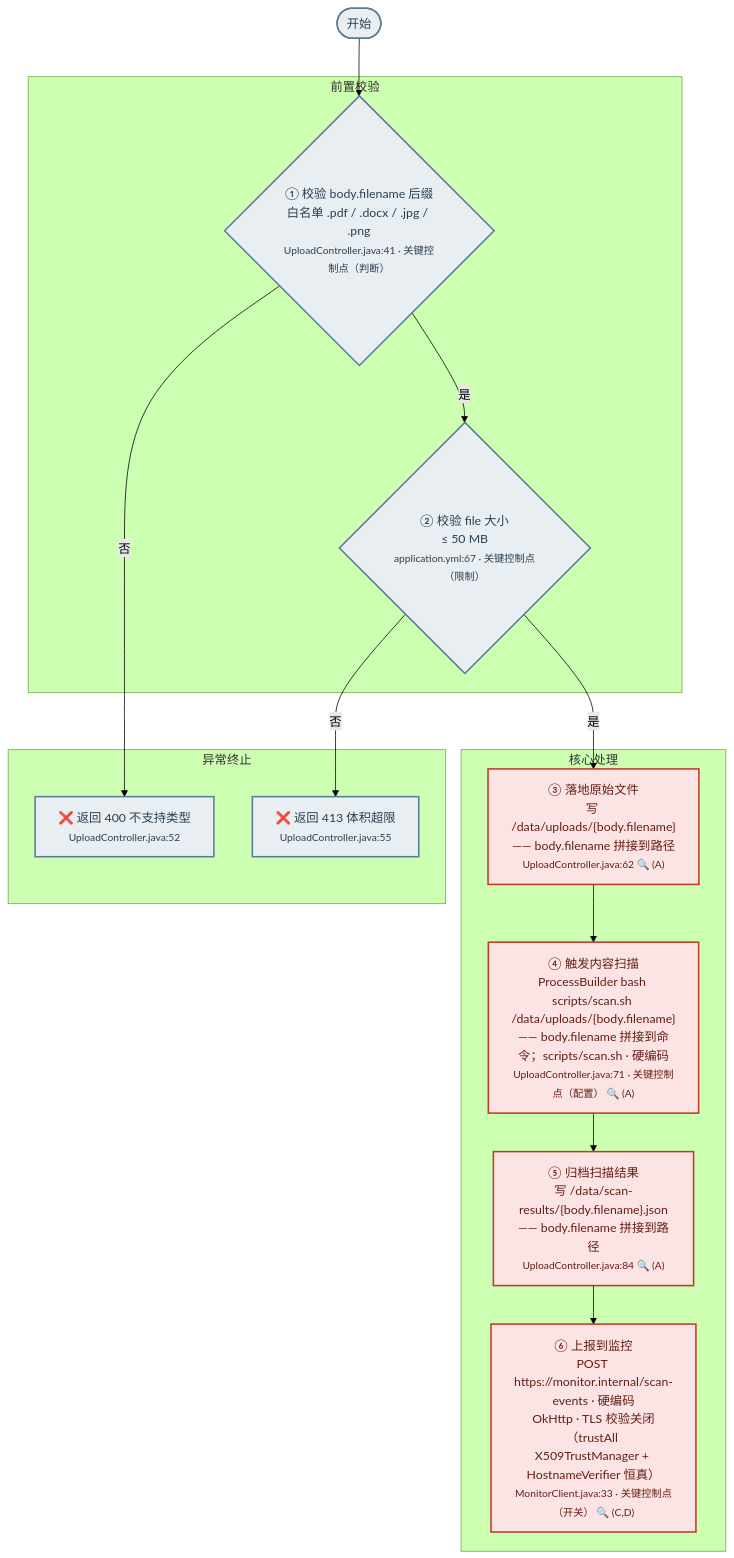
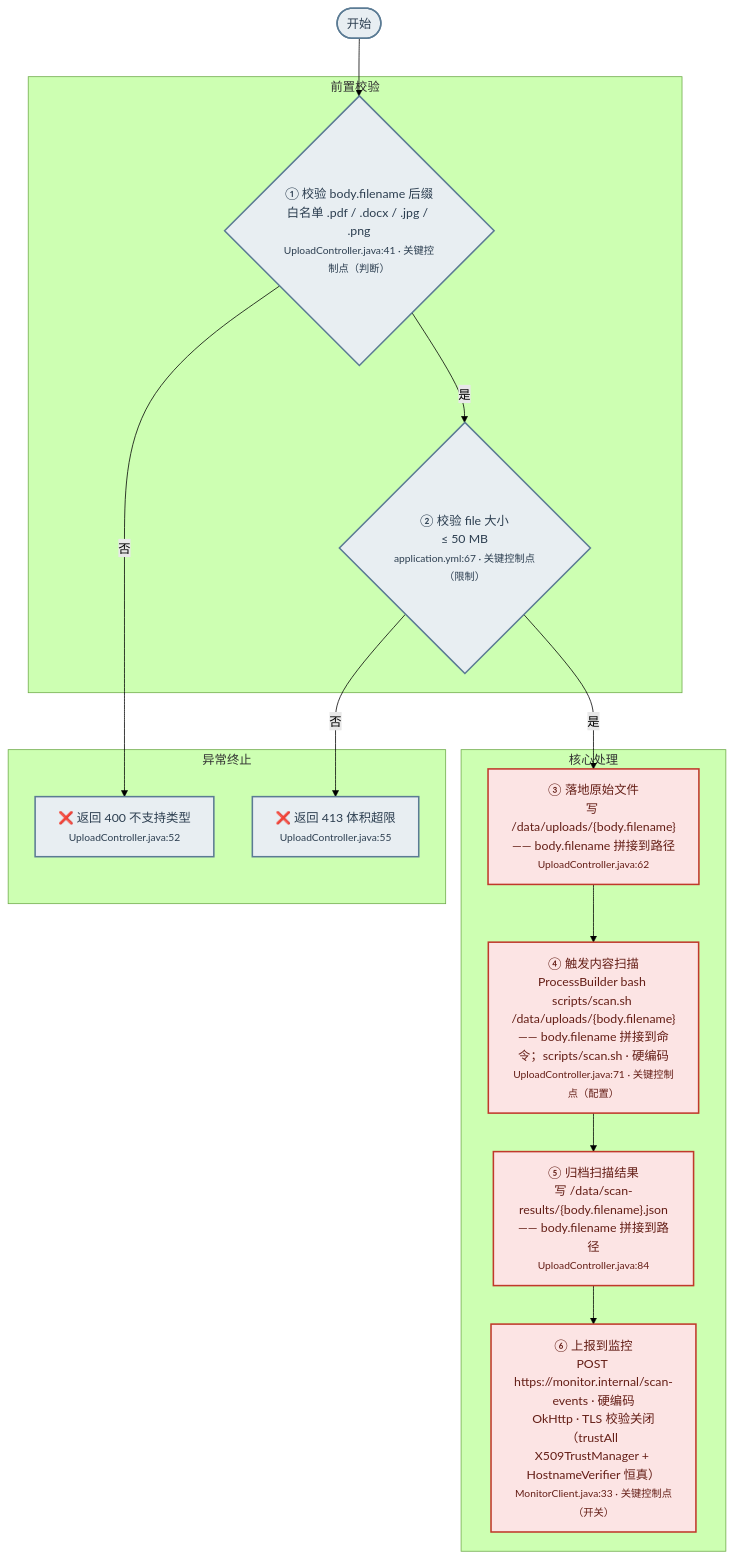
The diagram in .opencode/skills/biz-flow-recon/templates/default.md (gcf0082/biz-flow-recon), drawn with Mermaid (forest theme) before and after one commit. The commit also changed other lines of this file and 1 other file, not shown here.

````diff
--- a/.opencode/skills/biz-flow-recon/templates/default.md
+++ b/.opencode/skills/biz-flow-recon/templates/default.md
@@ -35,39 +34,39 @@
 ```mermaid
 flowchart TD
     START([开始]) --> CHECK_EXT
 
     subgraph 前置校验
         CHECK_EXT{"① 校验 body.filename 后缀<br/>白名单 .pdf / .docx / .jpg / .png<br/><small>UploadController.java:41 · 关键控制点（判断）</small>"}
         CHECK_SIZE{"② 校验 file 大小<br/>≤ 50 MB<br/><small>application.yml:67 · 关键控制点（限制）</small>"}
     end
 
     subgraph 异常终止
         REJECT_EXT["❌ 返回 400 不支持类型<br/><small>UploadController.java:52</small>"]
         REJECT_SIZE["❌ 返回 413 体积超限<br/><small>UploadController.java:55</small>"]
     end
 
     subgraph 核心处理
-        WRITE["③ 落地原始文件<br/>写 /data/uploads/{body.filename}<br/>—— body.filename 拼接到路径<br/><small>UploadController.java:62 🔍 (A)</small>"]
-        SCAN["④ 触发内容扫描<br/>ProcessBuilder bash scripts/scan.sh /data/uploads/{body.filename}<br/>—— body.filename 拼接到命令；scripts/scan.sh · 硬编码<br/><small>UploadController.java:71 · 关键控制点（配置） 🔍 (A)</small>"]
-        ARCHIVE["⑤ 归档扫描结果<br/>写 /data/scan-results/{body.filename}.json<br/>—— body.filename 拼接到路径<br/><small>UploadController.java:84 🔍 (A)</small>"]
-        REPORT["⑥ 上报到监控<br/>POST https://monitor.internal/scan-events · 硬编码<br/>OkHttp · TLS 校验关闭（trustAll X509TrustManager + HostnameVerifier 恒真）<br/><small>MonitorClient.java:33 · 关键控制点（开关） 🔍 (C,D)</small>"]
+        WRITE["③ 落地原始文件<br/>写 /data/uploads/{body.filename}<br/>—— body.filename 拼接到路径<br/><small>UploadController.java:62</small>"]
+        SCAN["④ 触发内容扫描<br/>ProcessBuilder bash scripts/scan.sh /data/uploads/{body.filename}<br/>—— body.filename 拼接到命令；scripts/scan.sh · 硬编码<br/><small>UploadController.java:71 · 关键控制点（配置）</small>"]
+        ARCHIVE["⑤ 归档扫描结果<br/>写 /data/scan-results/{body.filename}.json<br/>—— body.filename 拼接到路径<br/><small>UploadController.java:84</small>"]
+        REPORT["⑥ 上报到监控<br/>POST https://monitor.internal/scan-events · 硬编码<br/>OkHttp · TLS 校验关闭（trustAll X509TrustManager + HostnameVerifier 恒真）<br/><small>MonitorClient.java:33 · 关键控制点（开关）</small>"]
     end
 
     CHECK_EXT -->|否| REJECT_EXT
     CHECK_EXT -->|是| CHECK_SIZE
     CHECK_SIZE -->|否| REJECT_SIZE
     CHECK_SIZE -->|是| WRITE
     WRITE --> SCAN
     SCAN --> ARCHIVE
     ARCHIVE --> REPORT
 
     style START fill:#E8EEF2,stroke:#5B7B94,stroke-width:2px,color:#2C3E50
     style CHECK_EXT fill:#E8EEF2,stroke:#5B7B94,stroke-width:2px,color:#2C3E50
     style CHECK_SIZE fill:#E8EEF2,stroke:#5B7B94,stroke-width:2px,color:#2C3E50
     style REJECT_EXT fill:#E8EEF2,stroke:#5B7B94,stroke-width:2px,color:#2C3E50
     style REJECT_SIZE fill:#E8EEF2,stroke:#5B7B94,stroke-width:2px,color:#2C3E50
     style WRITE fill:#FCE4E4,stroke:#C0392B,stroke-width:2px,color:#641E16
     style SCAN fill:#FCE4E4,stroke:#C0392B,stroke-width:2px,color:#641E16
     style ARCHIVE fill:#FCE4E4,stroke:#C0392B,stroke-width:2px,color:#641E16
     style REPORT fill:#FCE4E4,stroke:#C0392B,stroke-width:2px,color:#641E16
 ```
````
